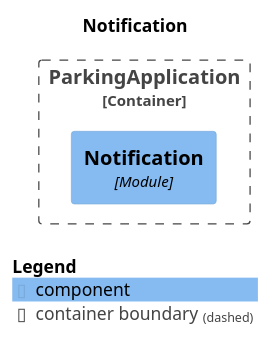
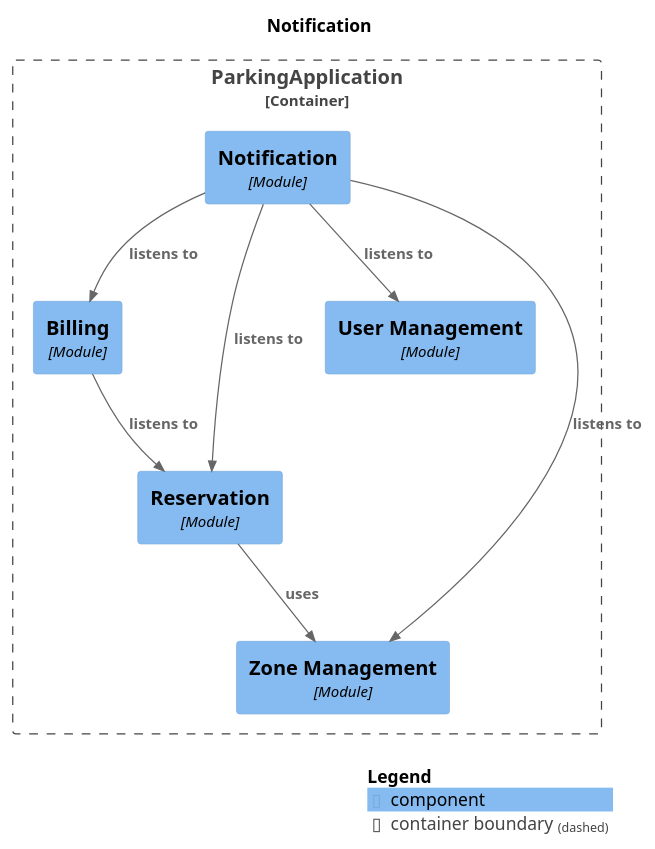
One commit to VladTZY/Erasmus-CarParking changed the diagram in target/spring-modulith-docs/module-notification.puml. Above: the diagram before and after it, drawn with PlantUML. The commit also changed 69 other files, not shown here.

```diff
--- a/target/spring-modulith-docs/module-notification.puml
+++ b/target/spring-modulith-docs/module-notification.puml
@@ -1,17 +1,27 @@
 @startuml
 set separator none
 title Notification
 
 top to bottom direction
 
 !include <C4/C4>
 !include <C4/C4_Context>
 !include <C4/C4_Component>
 
 Container_Boundary("ParkingApplication.ParkingApplication_boundary", "ParkingApplication", $tags="") {
+  Component(ParkingApplication.ParkingApplication.Billing, "Billing", $techn="Module", $descr="", $tags="", $link="")
   Component(ParkingApplication.ParkingApplication.Notification, "Notification", $techn="Module", $descr="", $tags="", $link="")
+  Component(ParkingApplication.ParkingApplication.Reservation, "Reservation", $techn="Module", $descr="", $tags="", $link="")
+  Component(ParkingApplication.ParkingApplication.UserManagement, "User Management", $techn="Module", $descr="", $tags="", $link="")
+  Component(ParkingApplication.ParkingApplication.ZoneManagement, "Zone Management", $techn="Module", $descr="", $tags="", $link="")
 }
 
+Rel(ParkingApplication.ParkingApplication.Reservation, ParkingApplication.ParkingApplication.ZoneManagement, "uses", $techn="", $tags="", $link="")
+Rel(ParkingApplication.ParkingApplication.Billing, ParkingApplication.ParkingApplication.Reservation, "listens to", $techn="", $tags="", $link="")
+Rel(ParkingApplication.ParkingApplication.Notification, ParkingApplication.ParkingApplication.ZoneManagement, "listens to", $techn="", $tags="", $link="")
+Rel(ParkingApplication.ParkingApplication.Notification, ParkingApplication.ParkingApplication.Reservation, "listens to", $techn="", $tags="", $link="")
+Rel(ParkingApplication.ParkingApplication.Notification, ParkingApplication.ParkingApplication.Billing, "listens to", $techn="", $tags="", $link="")
+Rel(ParkingApplication.ParkingApplication.Notification, ParkingApplication.ParkingApplication.UserManagement, "listens to", $techn="", $tags="", $link="")
 
 SHOW_LEGEND(true)
 @enduml
```
